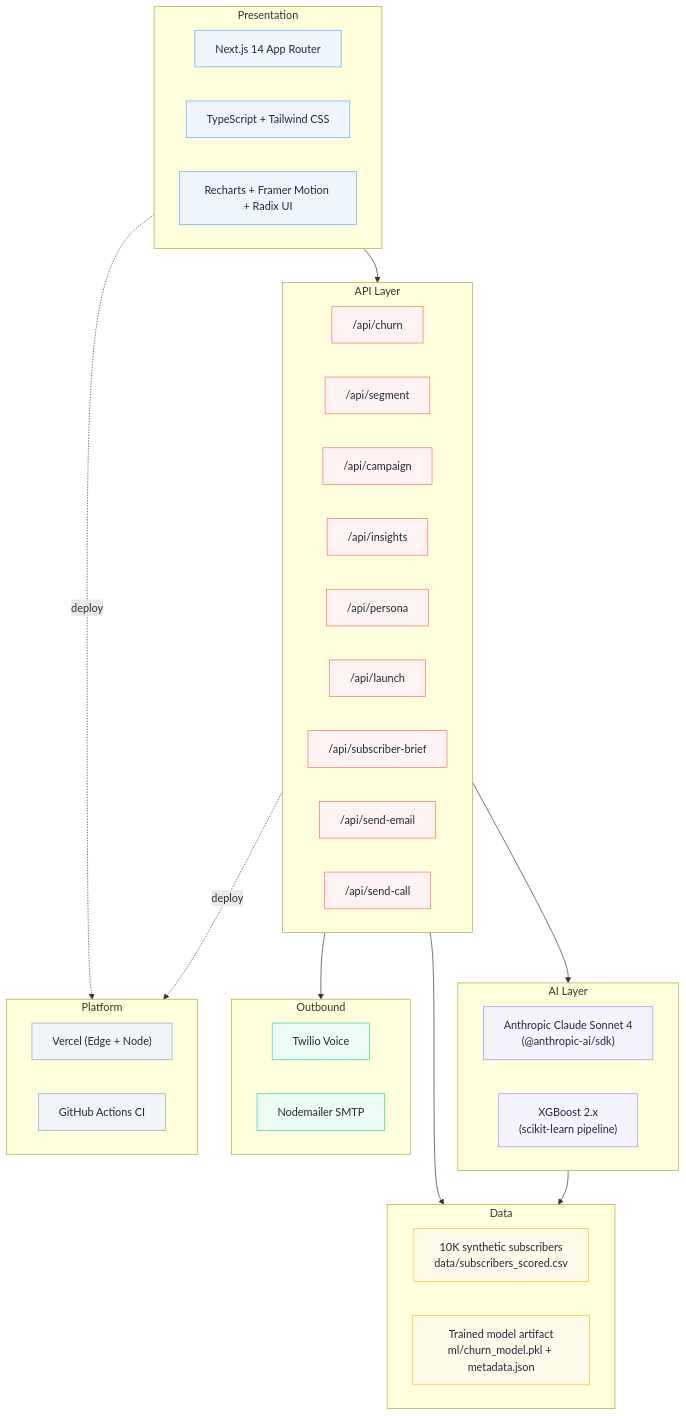
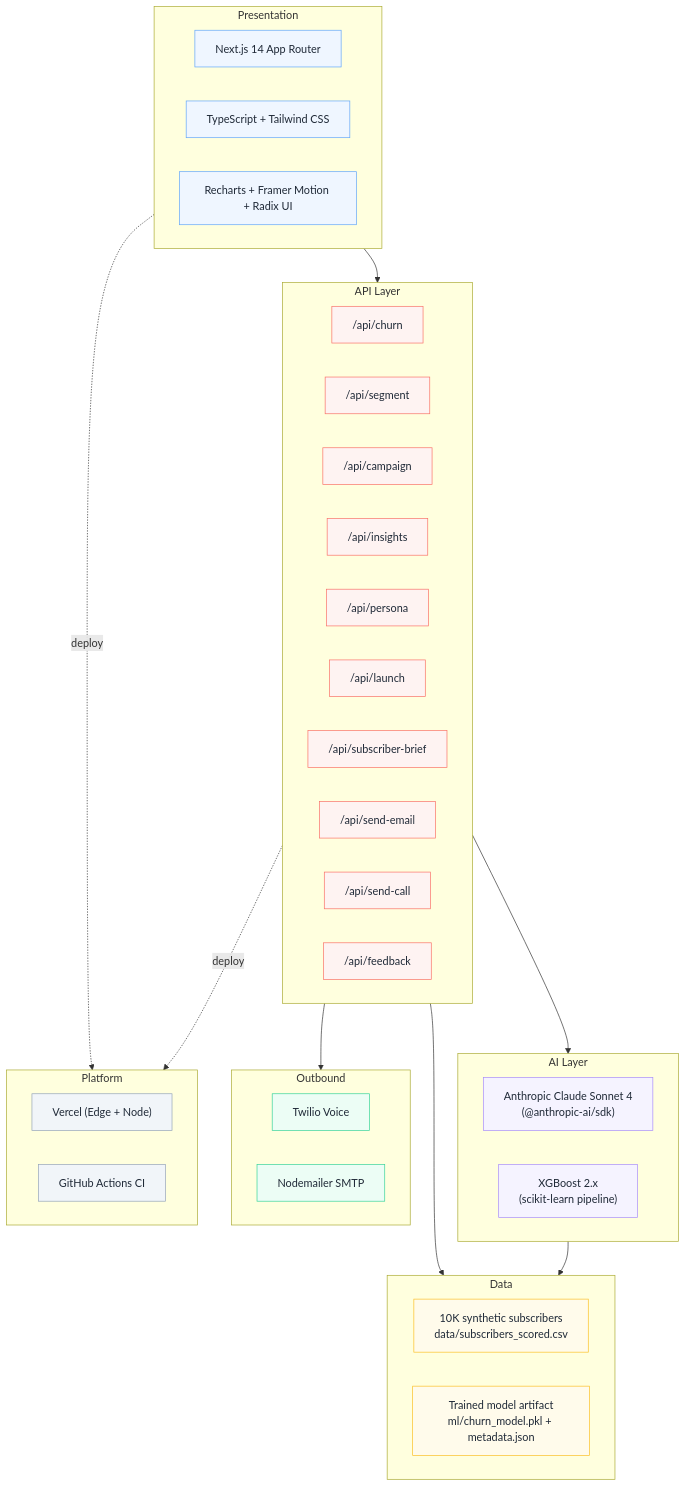
Before and after one commit to mn3265-commits/telcopulse-ai: the diagram in docs/diagrams/tech_stack.mmd, drawn with Mermaid. The commit also changed 11 other files, not shown here.

First line of the commit message:
Add Save-feedback button + /api/feedback to close the retraining loop

```diff
--- a/docs/diagrams/tech_stack.mmd
+++ b/docs/diagrams/tech_stack.mmd
@@ -1,60 +1,61 @@
 flowchart TB
     subgraph L1["Presentation"]
         FE1["Next.js 14 App Router"]
         FE2["TypeScript + Tailwind CSS"]
         FE3["Recharts + Framer Motion + Radix UI"]
     end
 
     subgraph L2["API Layer"]
         API1["/api/churn"]
         API2["/api/segment"]
         API3["/api/campaign"]
         API4["/api/insights"]
         API5["/api/persona"]
         API6["/api/launch"]
         API7["/api/subscriber-brief"]
         API8["/api/send-email"]
         API9["/api/send-call"]
+        API10["/api/feedback"]
     end
 
     subgraph L3["AI Layer"]
         AI1["Anthropic Claude Sonnet 4<br/>(@anthropic-ai/sdk)"]
         ML1["XGBoost 2.x<br/>(scikit-learn pipeline)"]
     end
 
     subgraph L4["Data"]
         D1["10K synthetic subscribers<br/>data/subscribers_scored.csv"]
         D2["Trained model artifact<br/>ml/churn_model.pkl + metadata.json"]
     end
 
     subgraph L5["Outbound"]
         OB1["Twilio Voice"]
         OB2["Nodemailer SMTP"]
     end
 
     subgraph L6["Platform"]
         P1["Vercel (Edge + Node)"]
         P2["GitHub Actions CI"]
     end
 
     L1 --> L2
     L2 --> L3
     L2 --> L4
     L2 --> L5
     L3 --> L4
     L1 -.deploy.-> L6
     L2 -.deploy.-> L6
 
     classDef pres fill:#EFF6FF,stroke:#60A5FA,stroke-width:1px,color:#1F2937
     classDef api fill:#FEF3F2,stroke:#F97066,stroke-width:1px,color:#1F2937
     classDef ai fill:#F5F3FF,stroke:#A78BFA,stroke-width:1px,color:#1F2937
     classDef data fill:#FFFBEB,stroke:#FBBF24,stroke-width:1px,color:#1F2937
     classDef out fill:#ECFDF5,stroke:#34D399,stroke-width:1px,color:#1F2937
     classDef plat fill:#F1F5F9,stroke:#94A3B8,stroke-width:1px,color:#1F2937
 
     class FE1,FE2,FE3 pres
-    class API1,API2,API3,API4,API5,API6,API7,API8,API9 api
+    class API1,API2,API3,API4,API5,API6,API7,API8,API9,API10 api
     class AI1,ML1 ai
     class D1,D2 data
     class OB1,OB2 out
     class P1,P2 plat
```
